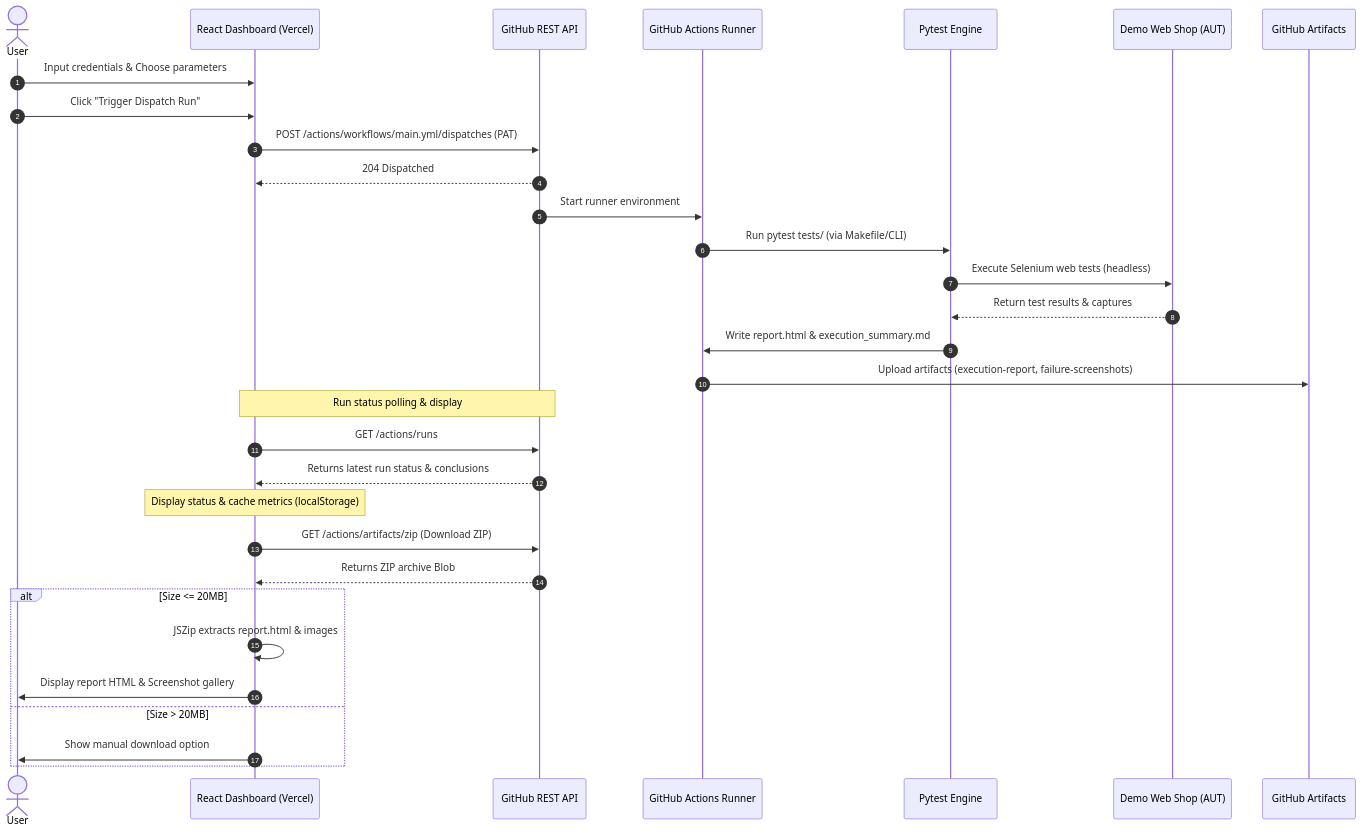
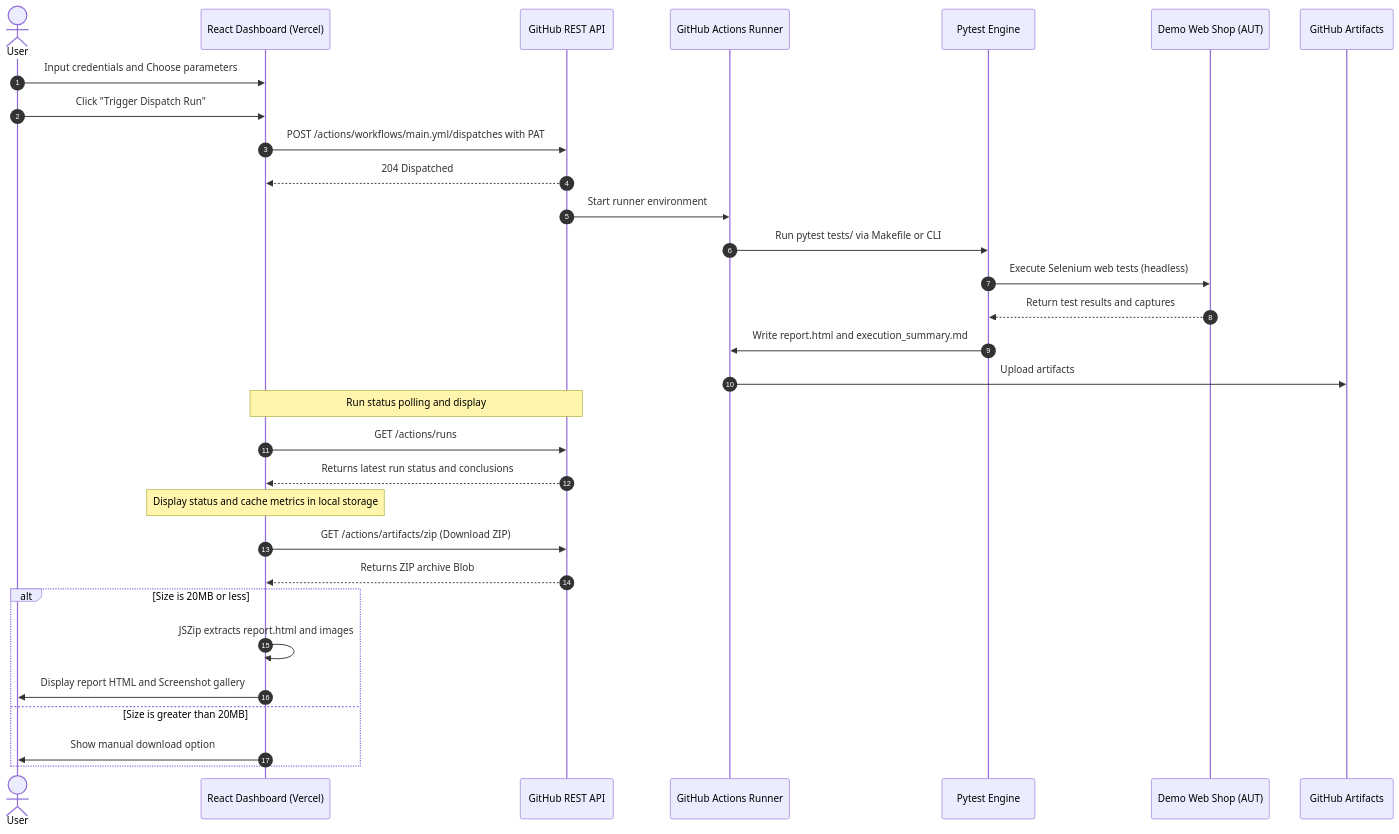
The diagram in docs/ExecutionFlow.md (01mayankk/Enterprise-QA-Automation-Framework), drawn with Mermaid before and after one commit. The commit also changed 3 other files, not shown here.

Commit message:
docs: fix Mermaid syntax errors in documentation diagrams

````diff
--- a/docs/ExecutionFlow.md
+++ b/docs/ExecutionFlow.md
@@ -11,37 +11,37 @@
 ```mermaid
 sequenceDiagram
     autonumber
     actor User
     participant Dash as React Dashboard (Vercel)
     participant GHAPI as GitHub REST API
     participant Runner as GitHub Actions Runner
     participant Pytest as Pytest Engine
     participant AUT as Demo Web Shop (AUT)
     participant Storage as GitHub Artifacts
 
-    User->>Dash: Input credentials & Choose parameters
+    User->>Dash: Input credentials and Choose parameters
     User->>Dash: Click "Trigger Dispatch Run"
-    Dash->>GHAPI: POST /actions/workflows/main.yml/dispatches (PAT)
+    Dash->>GHAPI: POST /actions/workflows/main.yml/dispatches with PAT
     GHAPI-->>Dash: 204 Dispatched
     
     GHAPI->>Runner: Start runner environment
-    Runner->>Pytest: Run pytest tests/ (via Makefile/CLI)
+    Runner->>Pytest: Run pytest tests/ via Makefile or CLI
     Pytest->>AUT: Execute Selenium web tests (headless)
-    AUT-->>Pytest: Return test results & captures
-    Pytest->>Runner: Write report.html & execution_summary.md
-    Runner->>Storage: Upload artifacts (execution-report, failure-screenshots)
+    AUT-->>Pytest: Return test results and captures
+    Pytest->>Runner: Write report.html and execution_summary.md
+    Runner->>Storage: Upload artifacts
     
-    Note over Dash, GHAPI: Run status polling & display
+    Note over Dash, GHAPI: Run status polling and display
     Dash->>GHAPI: GET /actions/runs
-    GHAPI-->>Dash: Returns latest run status & conclusions
-    Note over Dash: Display status & cache metrics (localStorage)
+    GHAPI-->>Dash: Returns latest run status and conclusions
+    Note over Dash: Display status and cache metrics in local storage
 
     Dash->>GHAPI: GET /actions/artifacts/zip (Download ZIP)
     GHAPI-->>Dash: Returns ZIP archive Blob
-    alt Size <= 20MB
-        Dash->>Dash: JSZip extracts report.html & images
-        Dash->>User: Display report HTML & Screenshot gallery
-    else Size > 20MB
+    alt Size is 20MB or less
+        Dash->>Dash: JSZip extracts report.html and images
+        Dash->>User: Display report HTML and Screenshot gallery
+    else Size is greater than 20MB
         Dash->>User: Show manual download option
     end
 ```
````
